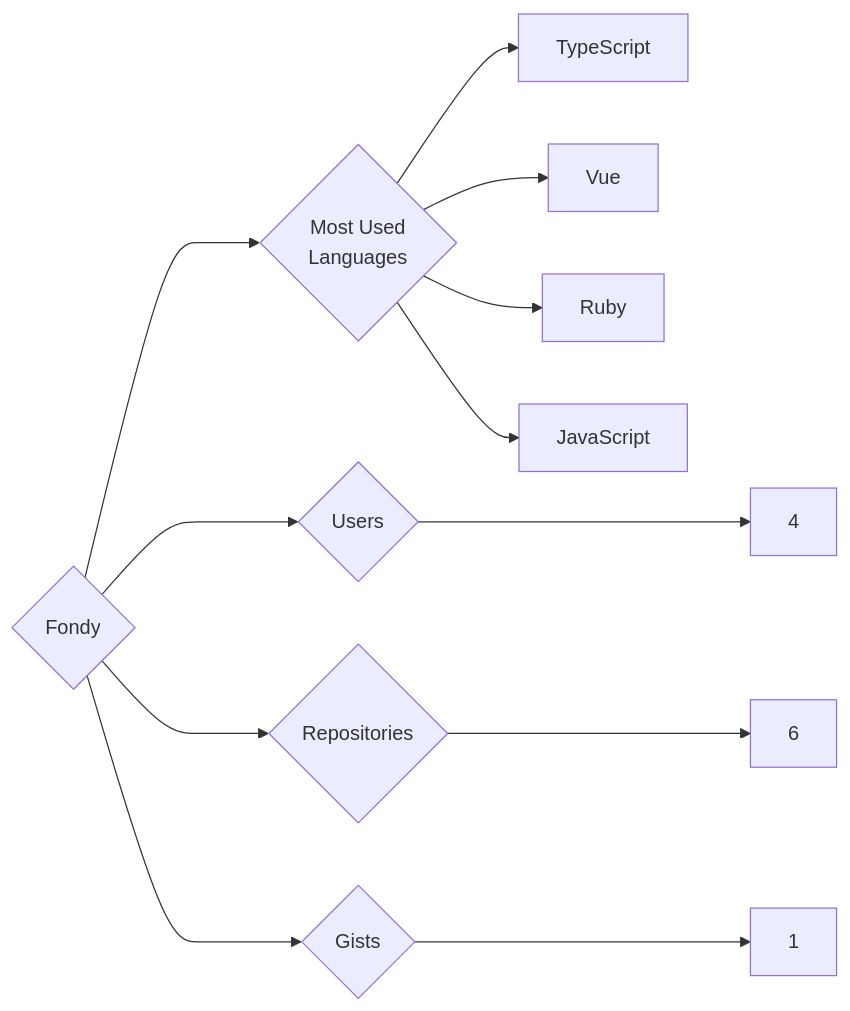
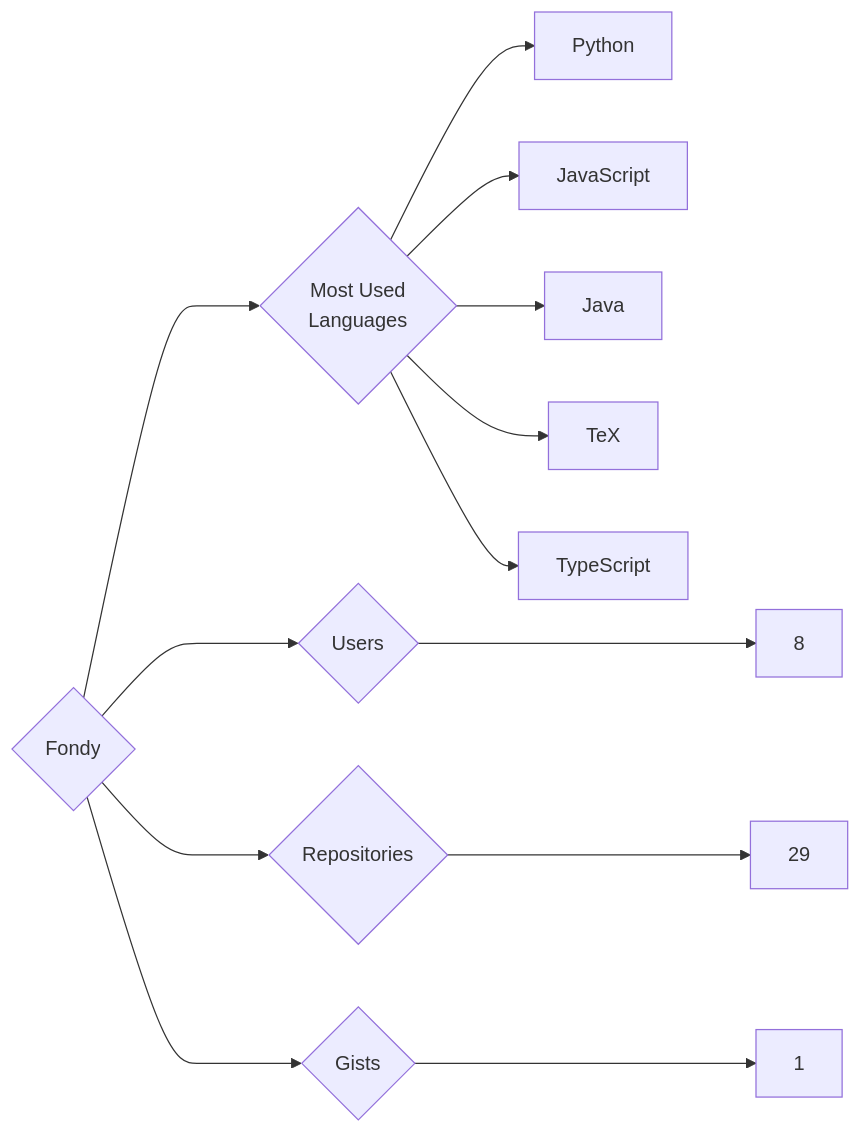
One commit to trickest/insiders changed the diagram in targets/Fondy/README.md. Above: the diagram before and after it, drawn with Mermaid. The commit also changed 1238 other files, not shown here.

````diff
--- a/targets/Fondy/README.md
+++ b/targets/Fondy/README.md
@@ -3,12 +3,13 @@
 ```mermaid
 graph LR
 COMPANY_NAME{Fondy}
-COMPANY_NAME ---> U{Users} ---> UN[4]
-COMPANY_NAME ---> R{Repositories} ---> RN[6]
+COMPANY_NAME ---> U{Users} ---> UN[8]
+COMPANY_NAME ---> R{Repositories} ---> RN[29]
 COMPANY_NAME ---> G{Gists} ---> GN[1]
 COMPANY_NAME ---> ML{Most Used<br>Languages}
+ML --> Python[Python]
+ML --> JavaScript[JavaScript]
+ML --> Java[Java]
+ML --> TeX[TeX]
 ML --> TypeScript[TypeScript]
-ML --> Vue[Vue]
-ML --> Ruby[Ruby]
-ML --> JavaScript[JavaScript]
 ```
````
